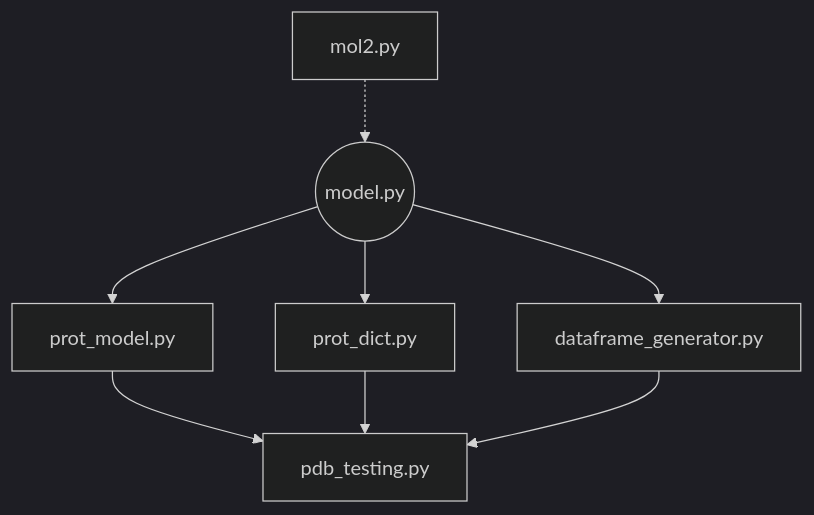
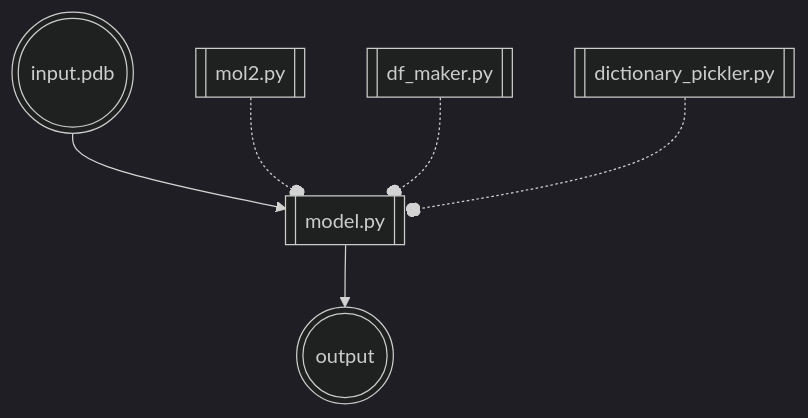
One commit to EduardoCantos1998/TrabajoFinalSBI-PYT changed the diagram in README.md. Above: the diagram before and after it, drawn with Mermaid (dark theme).

Commit message:
rereredo flowchart

````diff
--- a/README.md
+++ b/README.md
@@ -51,11 +51,8 @@
 ```mermaid
 graph  TD
-A[mol2.py] -.-> B((model.py))
-B --> C[prot_model.py]
-B --> D[prot_dict.py]
-B --> E[dataframe_generator.py]
-
-C --> L[pdb_testing.py]
-D --> L
-E --> L
+A(((input.pdb))) --> B[[model.py]]
+C[[mol2.py]] -.-o B
+D[[df_maker.py]] -.-o B
+E[[dictionary_pickler.py]] -.-o B
+B--> Z(((output)))
 ```
````
